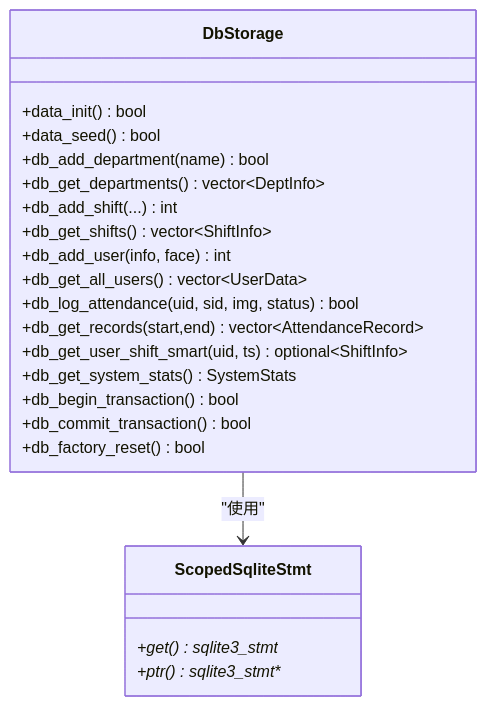
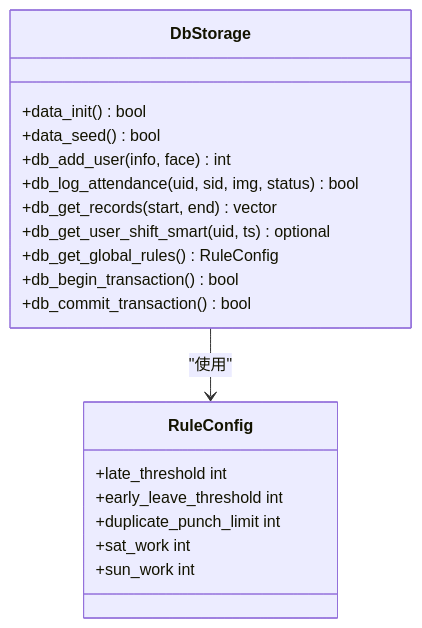
One commit to Drunk552/SmartAttendance changed the sixth of 8 diagrams in .qoder/repowiki/zh/content/开发指南/开发指南.md. Above: the diagram before and after it, drawn with Mermaid. The commit also changed other lines of this file and 119 other files, not shown here.

````diff
--- a/.qoder/repowiki/zh/content/开发指南/开发指南.md
+++ b/.qoder/repowiki/zh/content/开发指南/开发指南.md
@@ -176,25 +267,22 @@
 ```mermaid
 classDiagram
 class DbStorage {
 +data_init() bool
 +data_seed() bool
-+db_add_department(name) bool
-+db_get_departments() vector~DeptInfo~
-+db_add_shift(...) int
-+db_get_shifts() vector~ShiftInfo~
 +db_add_user(info, face) int
-+db_get_all_users() vector~UserData~
 +db_log_attendance(uid, sid, img, status) bool
-+db_get_records(start,end) vector~AttendanceRecord~
-+db_get_user_shift_smart(uid, ts) optional~ShiftInfo~
-+db_get_system_stats() SystemStats
++db_get_records(start, end) vector
++db_get_user_shift_smart(uid, ts) optional
++db_get_global_rules() RuleConfig
 +db_begin_transaction() bool
 +db_commit_transaction() bool
-+db_factory_reset() bool
 }
-class ScopedSqliteStmt {
-+get() sqlite3_stmt*
-+ptr() sqlite3_stmt**
+class RuleConfig {
++late_threshold int
++early_leave_threshold int
++duplicate_punch_limit int
++sat_work int
++sun_work int
 }
-DbStorage --> ScopedSqliteStmt : "使用"
+DbStorage --> RuleConfig : "使用"
 ```
````
